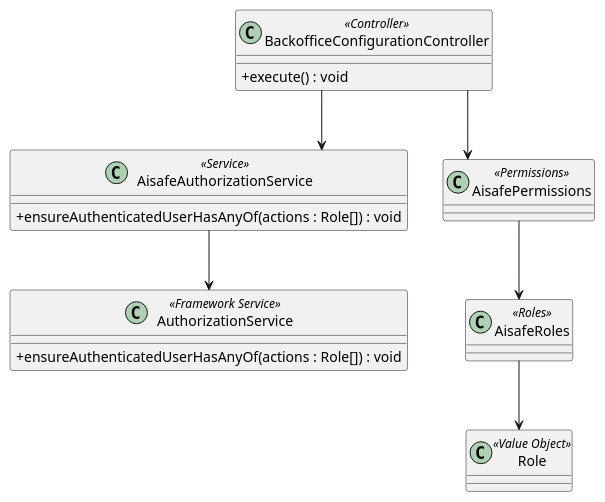
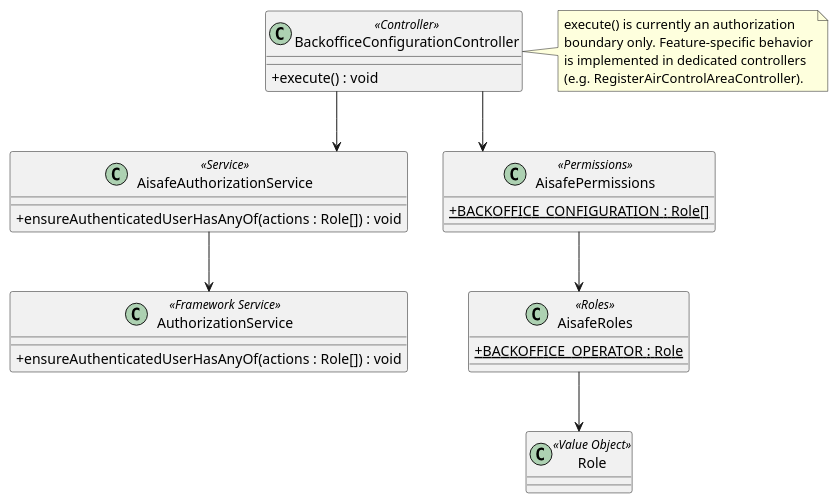
One commit to GustavoFerreira24/flight-management-platform changed the diagram in docs/us_31/class-diagram-31.puml. Above: the diagram before and after it, drawn with PlantUML. The commit also changed 2 other files, not shown here.

Commit message:
US031 (Docs) - Update class diagram and README for BackofficeConfigurationController - clarify execute() method as an authorization boundary, detail feature-specific behavior in dedicated controllers, and enhance documentation on permissions and roles. [#80]

```diff
--- a/docs/us_31/class-diagram-31.puml
+++ b/docs/us_31/class-diagram-31.puml
@@ -1,27 +1,40 @@
 @startuml
 skinparam classAttributeIconSize 0
 skinparam linetype ortho
 
 class BackofficeConfigurationController <<Controller>> {
     + execute() : void
 }
+
+note right of BackofficeConfigurationController
+  execute() is currently an authorization
+  boundary only. Feature-specific behavior
+  is implemented in dedicated controllers
+  (e.g. RegisterAirControlAreaController).
+end note
 
 class AisafeAuthorizationService <<Service>> {
     + ensureAuthenticatedUserHasAnyOf(actions : Role[]) : void
 }
 
 class AuthorizationService <<Framework Service>> {
     + ensureAuthenticatedUserHasAnyOf(actions : Role[]) : void
 }
 
-class AisafePermissions <<Permissions>>
-class AisafeRoles <<Roles>>
+class AisafePermissions <<Permissions>> {
+    + {static} BACKOFFICE_CONFIGURATION : Role[]
+}
+
+class AisafeRoles <<Roles>> {
+    + {static} BACKOFFICE_OPERATOR : Role
+}
+
 class Role <<Value Object>>
 
 BackofficeConfigurationController --> AisafeAuthorizationService
+BackofficeConfigurationController --> AisafePermissions
 AisafeAuthorizationService --> AuthorizationService
-BackofficeConfigurationController --> AisafePermissions
 AisafePermissions --> AisafeRoles
 AisafeRoles --> Role
 
 @enduml
```
